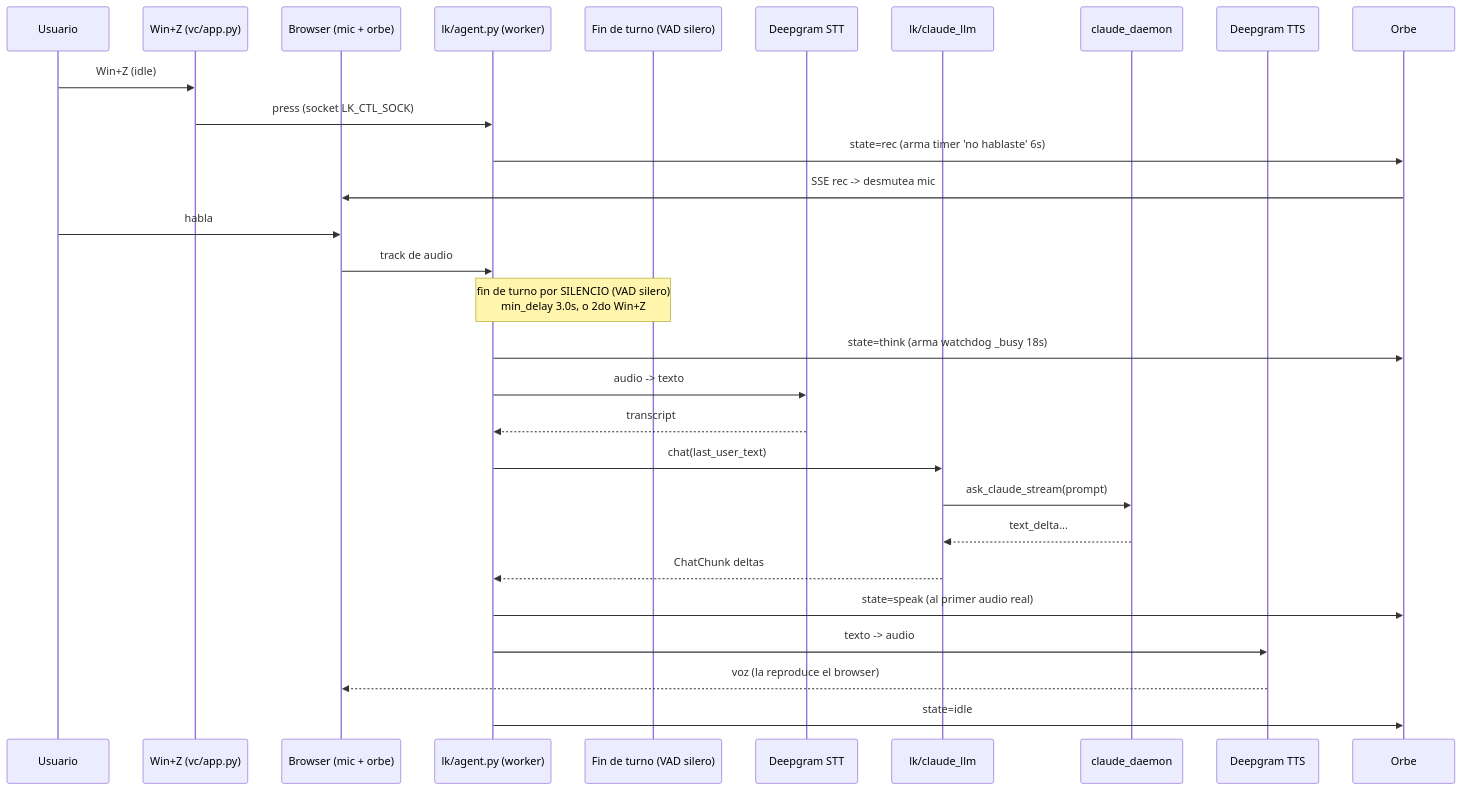
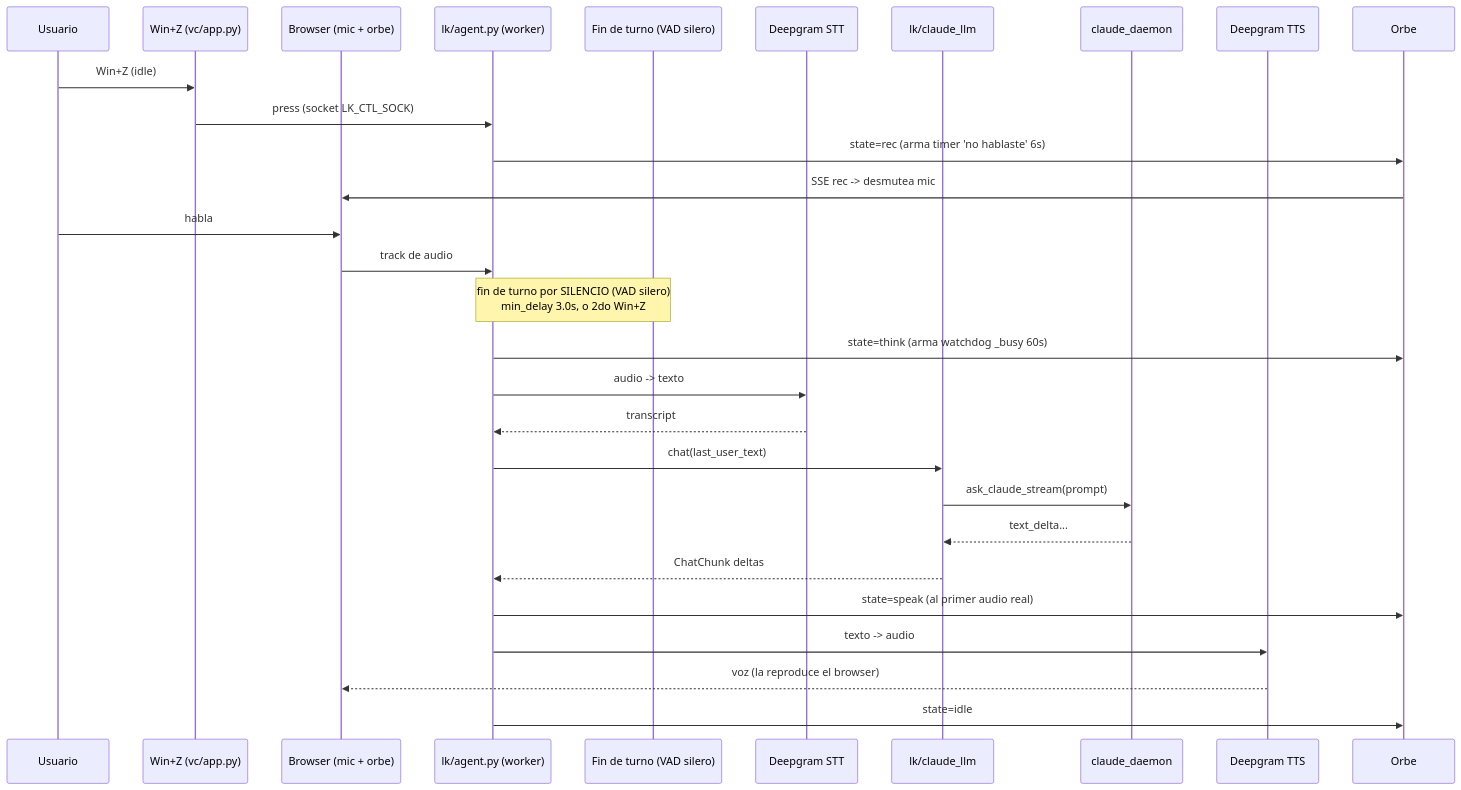
The diagram in docs/turn-flow.md (RenzoPS/saga), drawn with Mermaid before and after one commit. The commit also changed other lines of this file and 11 other files, not shown here.

````diff
--- a/docs/turn-flow.md
+++ b/docs/turn-flow.md
@@ -25,32 +25,32 @@
 ```mermaid
 sequenceDiagram
     participant U as Usuario
     participant K as Win+Z (vc/app.py)
     participant B as Browser (mic + orbe)
     participant A as lk/agent.py (worker)
     participant TD as Fin de turno (VAD silero)
     participant DG as Deepgram STT
     participant L as lk/claude_llm
     participant CD as claude_daemon
     participant T as Deepgram TTS
     participant O as Orbe
 
     U->>K: Win+Z (idle)
     K->>A: press (socket LK_CTL_SOCK)
     A->>O: state=rec  (arma timer 'no hablaste' 6s)
     O->>B: SSE rec -> desmutea mic
     U->>B: habla
     B->>A: track de audio
     Note over A,TD: fin de turno por SILENCIO (VAD silero)<br/>min_delay 3.0s, o 2do Win+Z
-    A->>O: state=think  (arma watchdog _busy 18s)
+    A->>O: state=think  (arma watchdog _busy 60s)
     A->>DG: audio -> texto
     DG-->>A: transcript
     A->>L: chat(last_user_text)
     L->>CD: ask_claude_stream(prompt)
     CD-->>L: text_delta...
     L-->>A: ChatChunk deltas
     A->>O: state=speak (al primer audio real)
     A->>T: texto -> audio
     T-->>B: voz (la reproduce el browser)
     A->>O: state=idle
 ```
````
